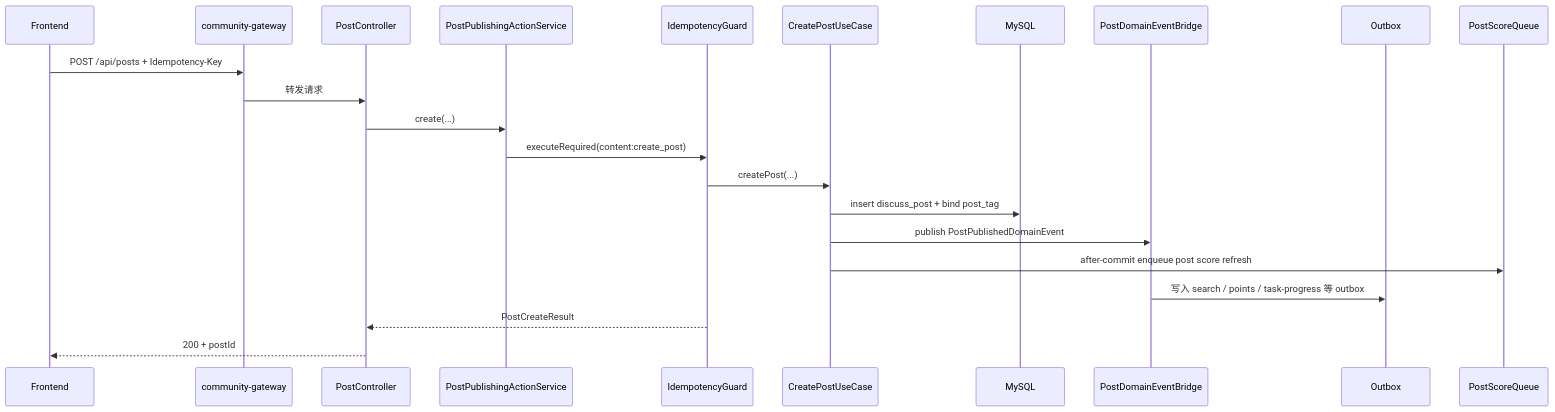
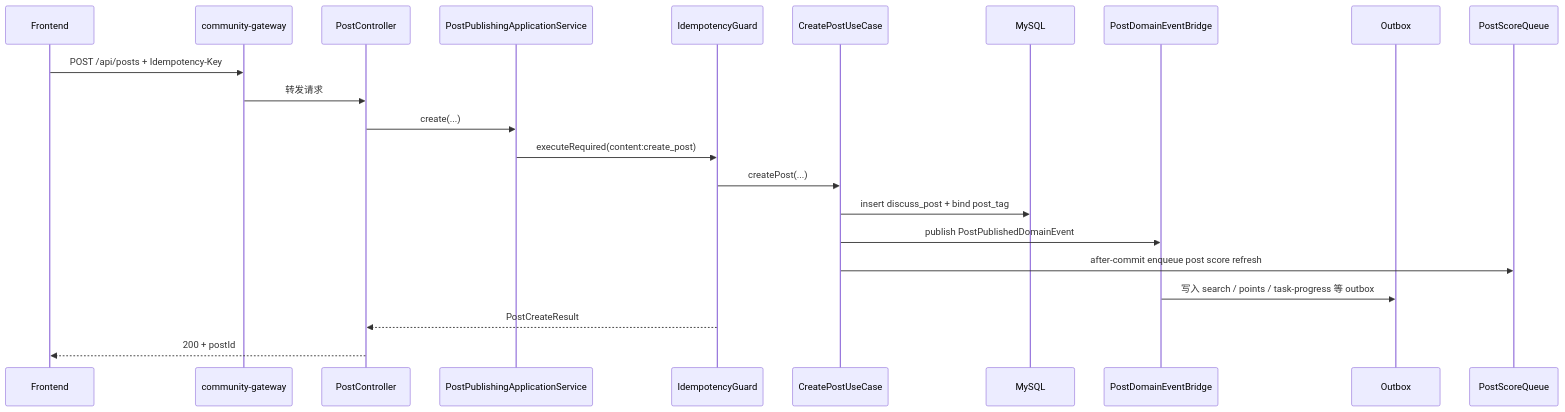
The first of 2 diagrams in docs/business-logic/content-post-comment-bookmark-subscription-flow.md (skt-shinyruo/community), drawn with Mermaid before and after one commit. The commit also changed other lines of this file and 2 other files, not shown here.

Commit message:
docs: update content application service references

````diff
--- a/docs/business-logic/content-post-comment-bookmark-subscription-flow.md
+++ b/docs/business-logic/content-post-comment-bookmark-subscription-flow.md
@@ -193,25 +195,25 @@
 ```mermaid
 sequenceDiagram
     participant FE as Frontend
     participant GW as community-gateway
     participant CTRL as PostController
-    participant ACT as PostPublishingActionService
+    participant ACT as PostPublishingApplicationService
     participant IDEM as IdempotencyGuard
     participant UC as CreatePostUseCase
     participant DB as MySQL
     participant EVT as PostDomainEventBridge
     participant OUTBOX as Outbox
     participant SCORE as PostScoreQueue
 
     FE->>GW: POST /api/posts + Idempotency-Key
     GW->>CTRL: 转发请求
     CTRL->>ACT: create(...)
     ACT->>IDEM: executeRequired(content:create_post)
     IDEM->>UC: createPost(...)
     UC->>DB: insert discuss_post + bind post_tag
     UC->>EVT: publish PostPublishedDomainEvent
     UC->>SCORE: after-commit enqueue post score refresh
     EVT->>OUTBOX: 写入 search / points / task-progress 等 outbox
     IDEM-->>CTRL: PostCreateResult
     CTRL-->>FE: 200 + postId
 ```
````
